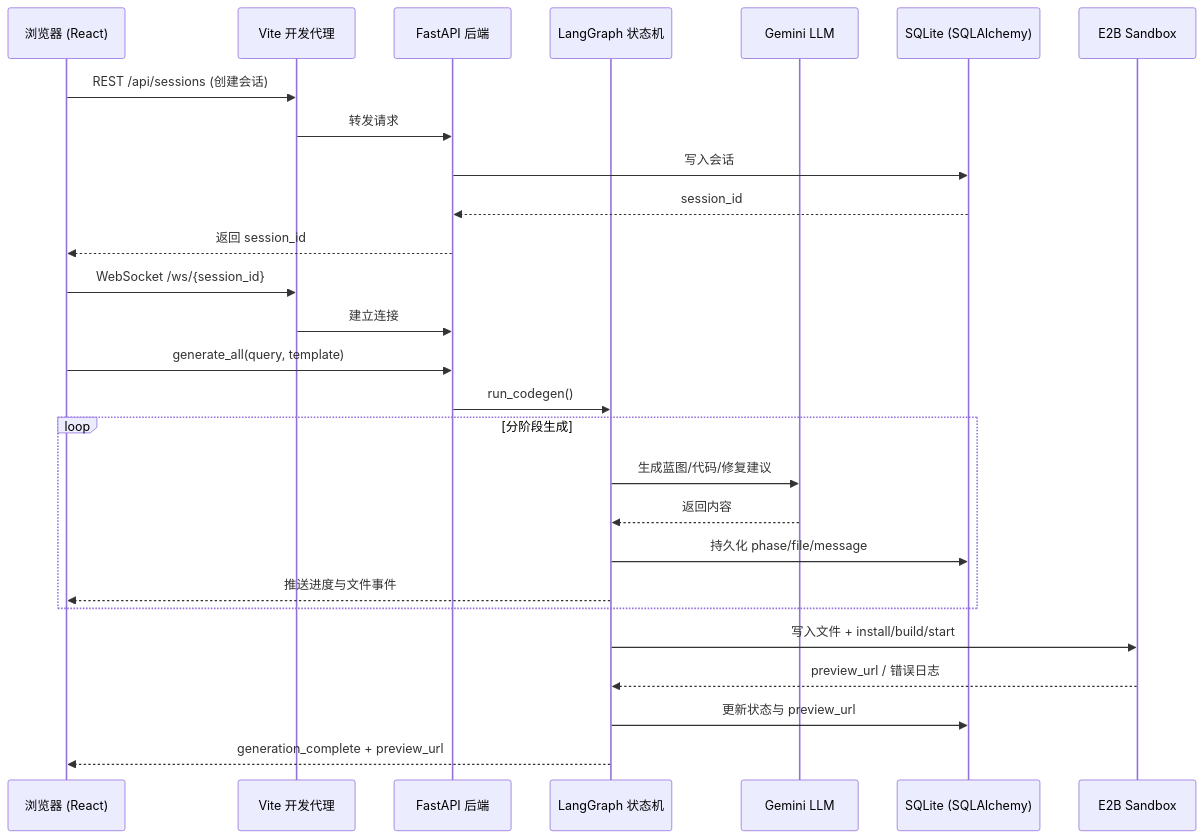
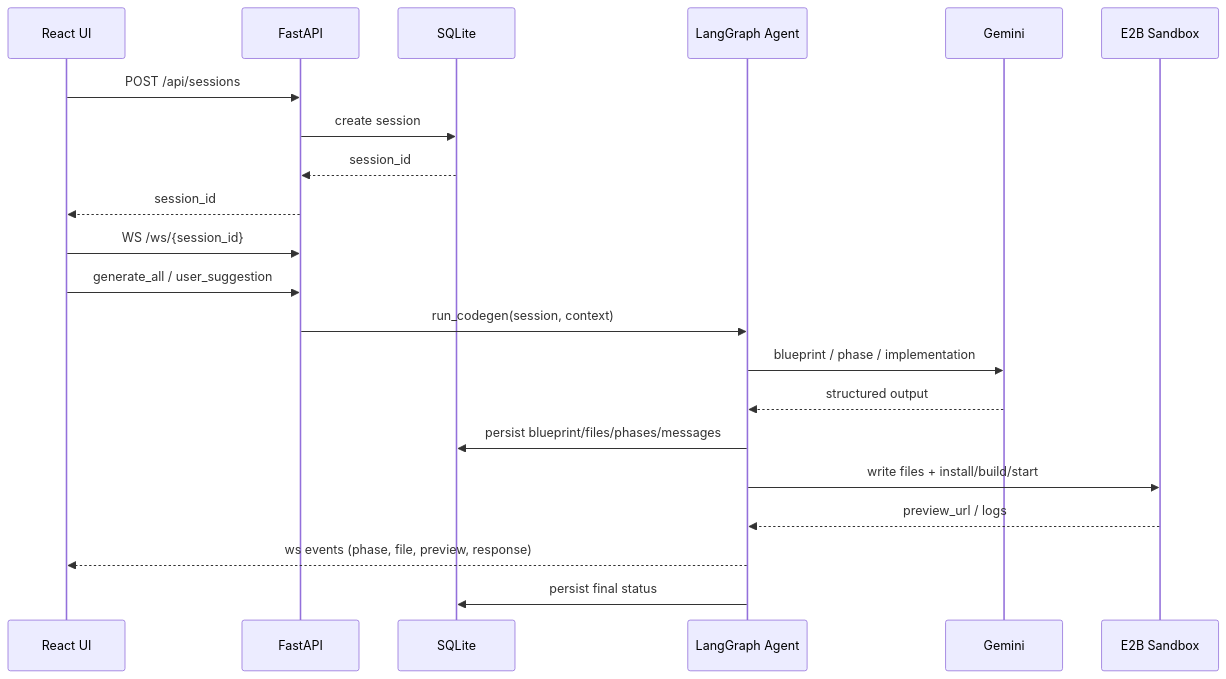
Before and after one commit to solowizardg/vibehub: the diagram in README.md, drawn with Mermaid. The commit also changed other lines of this file, not shown here.

Commit message:
docs: refresh README for latest workflow and architecture

````diff
--- a/README.md
+++ b/README.md
@@ -7,33 +18,28 @@
 ```mermaid
 sequenceDiagram
-    participant B as 浏览器 (React)
-    participant V as Vite 开发代理
-    participant A as FastAPI 后端
-    participant G as LangGraph 状态机
-    participant L as Gemini LLM
-    participant D as SQLite (SQLAlchemy)
-    participant S as E2B Sandbox
+    participant UI as React UI
+    participant API as FastAPI
+    participant DB as SQLite
+    participant AG as LangGraph Agent
+    participant LLM as Gemini
+    participant SB as E2B Sandbox
 
-    B->>V: REST /api/sessions (创建会话)
-    V->>A: 转发请求
-    A->>D: 写入会话
-    D-->>A: session_id
-    A-->>B: 返回 session_id
+    UI->>API: POST /api/sessions
+    API->>DB: create session
+    DB-->>API: session_id
+    API-->>UI: session_id
 
-    B->>V: WebSocket /ws/{session_id}
-    V->>A: 建立连接
-    B->>A: generate_all(query, template)
+    UI->>API: WS /ws/{session_id}
+    UI->>API: generate_all / user_suggestion
 
-    A->>G: run_codegen()
-    loop 分阶段生成
-        G->>L: 生成蓝图/代码/修复建议
-        L-->>G: 返回内容
-        G->>D: 持久化 phase/file/message
-        G-->>B: 推送进度与文件事件
-    end
+    API->>AG: run_codegen(session, context)
+    AG->>LLM: blueprint / phase / implementation
+    LLM-->>AG: structured output
 
-    G->>S: 写入文件 + install/build/start
-    S-->>G: preview_url / 错误日志
-    G->>D: 更新状态与 preview_url
-    G-->>B: generation_complete + preview_url
+    AG->>DB: persist blueprint/files/phases/messages
+    AG->>SB: write files + install/build/start
+    SB-->>AG: preview_url / logs
+
+    AG-->>UI: ws events (phase, file, preview, response)
+    AG->>DB: persist final status
 ```
````
